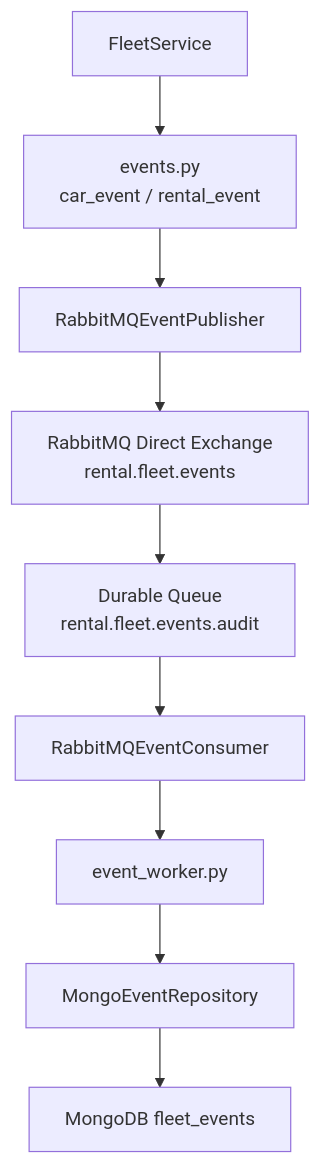
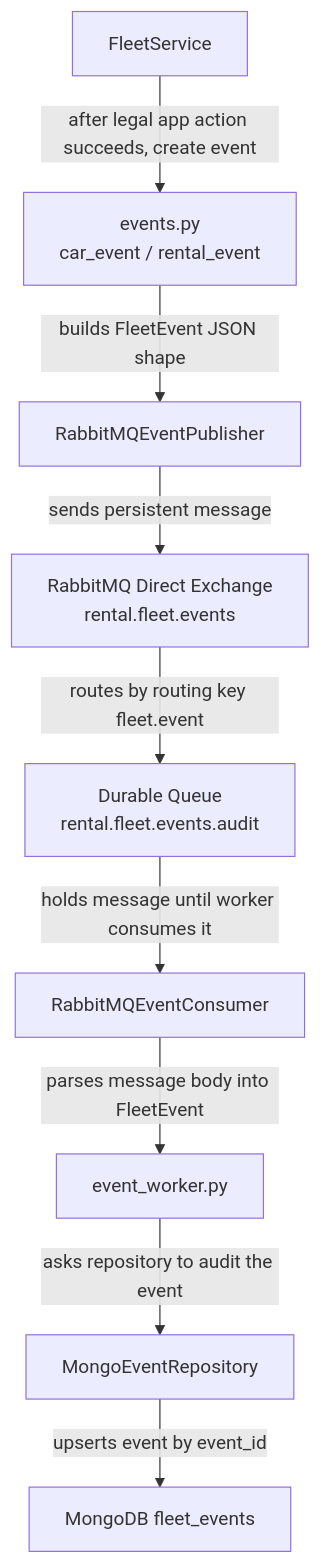
One commit to YonatanMoshes/Rental changed the sixth of 15 diagrams in README.md. Above: the diagram before and after it, drawn with Mermaid. The commit also changed other lines of this file, not shown here.

Commit message:
Clarify README diagrams and layer explanations

````diff
--- a/README.md
+++ b/README.md
@@ -586,21 +344,21 @@
 ```mermaid
 flowchart TB
     Service["FleetService"]
     EventFactory["events.py<br/>car_event / rental_event"]
     Publisher["RabbitMQEventPublisher"]
     Exchange["RabbitMQ Direct Exchange<br/>rental.fleet.events"]
     Queue["Durable Queue<br/>rental.fleet.events.audit"]
     Consumer["RabbitMQEventConsumer"]
     Worker["event_worker.py"]
     EventRepo["MongoEventRepository"]
     Mongo["MongoDB fleet_events"]
 
-    Service --> EventFactory
-    EventFactory --> Publisher
-    Publisher --> Exchange
-    Exchange --> Queue
-    Queue --> Consumer
-    Consumer --> Worker
-    Worker --> EventRepo
-    EventRepo --> Mongo
+    Service -->|"after legal app action succeeds, create event"| EventFactory
+    EventFactory -->|"builds FleetEvent JSON shape"| Publisher
+    Publisher -->|"sends persistent message"| Exchange
+    Exchange -->|"routes by routing key fleet.event"| Queue
+    Queue -->|"holds message until worker consumes it"| Consumer
+    Consumer -->|"parses message body into FleetEvent"| Worker
+    Worker -->|"asks repository to audit the event"| EventRepo
+    EventRepo -->|"upserts event by event_id"| Mongo
 ```
````
